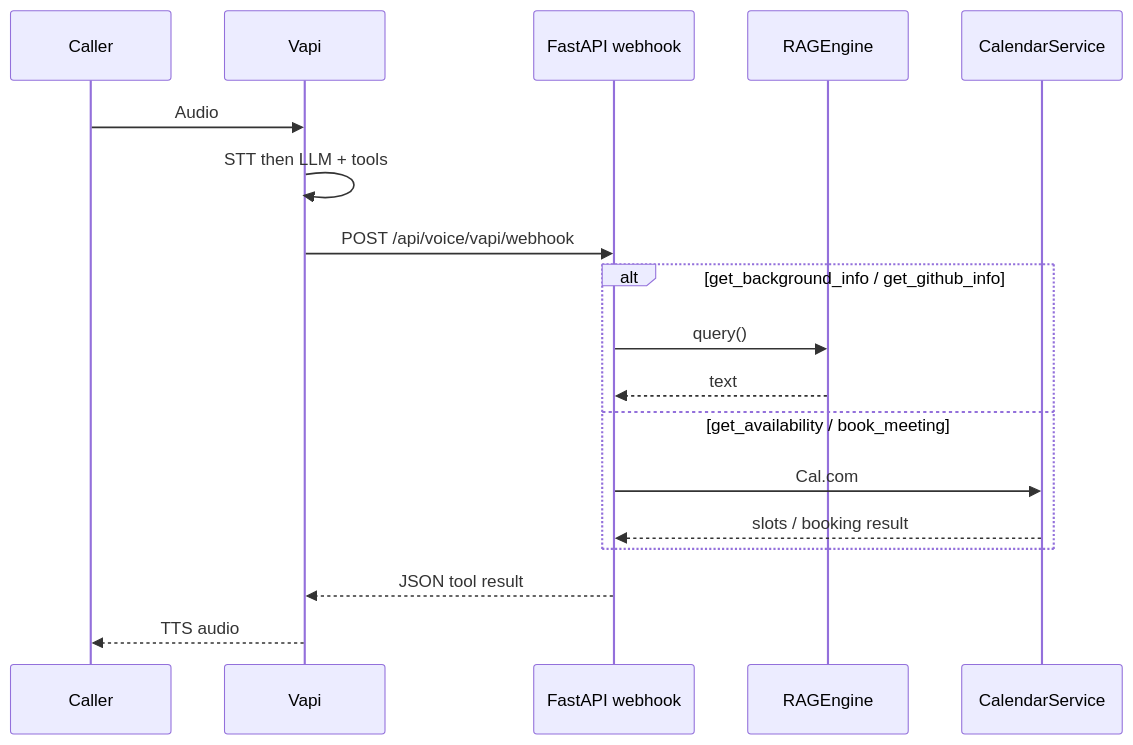
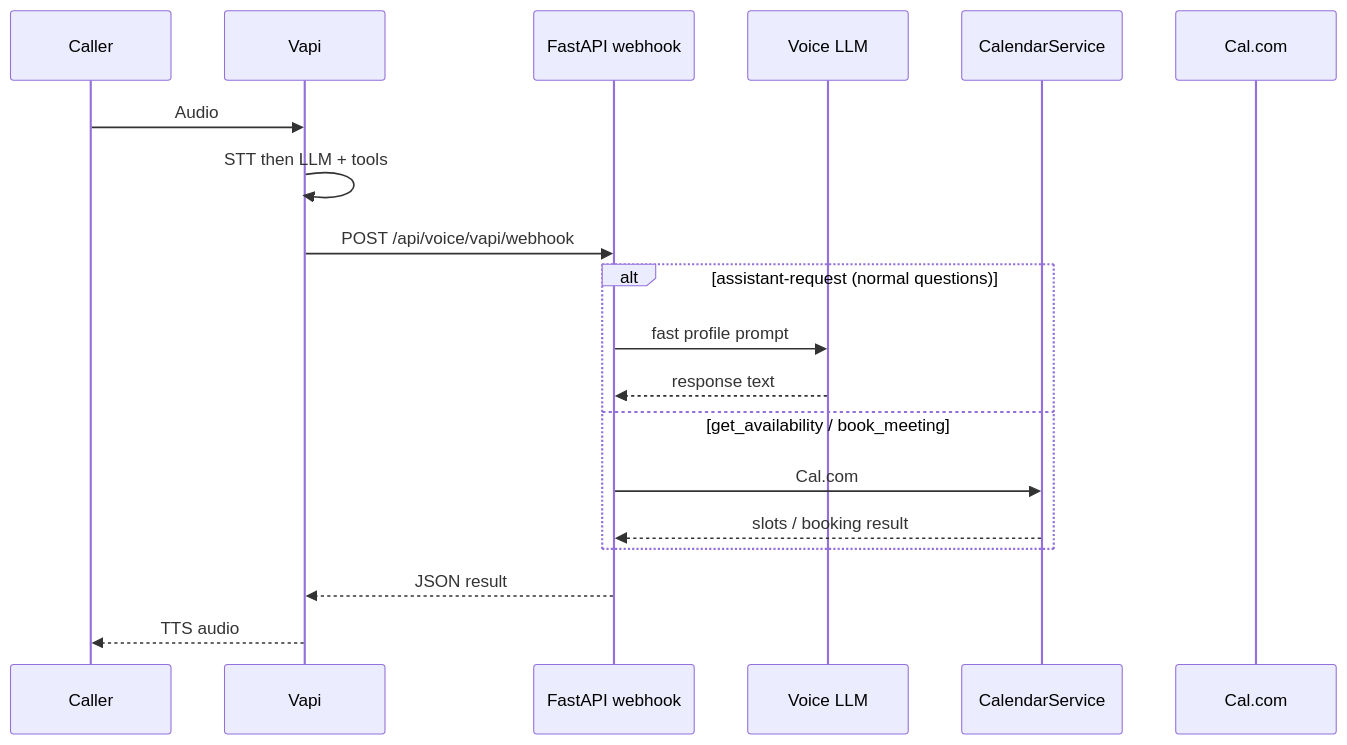
One commit to SarthakPaandey/Persona changed the third of 3 diagrams in docs/ARCHITECTURE.md. Above: the diagram before and after it, drawn with Mermaid. The commit also changed other lines of this file, not shown here.

First line of the commit message:
Update architecture documentation

````diff
--- a/docs/ARCHITECTURE.md
+++ b/docs/ARCHITECTURE.md
@@ -129,20 +165,21 @@
 ```mermaid
 sequenceDiagram
     participant C as Caller
     participant V as Vapi
     participant API as FastAPI webhook
-    participant RAG as RAGEngine
+    participant VLLM as Voice LLM
     participant CAL as CalendarService
+    participant CC as Cal.com
     C->>V: Audio
     V->>V: STT then LLM + tools
     V->>API: POST /api/voice/vapi/webhook
-    alt get_background_info / get_github_info
-        API->>RAG: query()
-        RAG-->>API: text
+    alt assistant-request (normal questions)
+        API->>VLLM: fast profile prompt
+        VLLM-->>API: response text
     else get_availability / book_meeting
         API->>CAL: Cal.com
         CAL-->>API: slots / booking result
     end
-    API-->>V: JSON tool result
+    API-->>V: JSON result
     V-->>C: TTS audio
 ```
````
